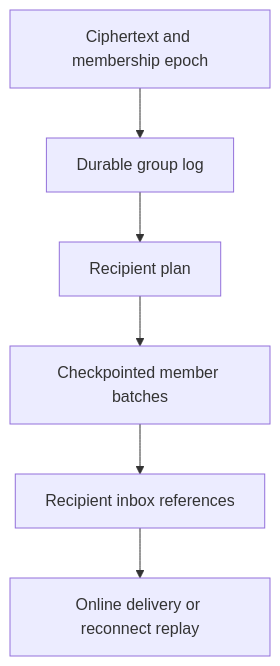
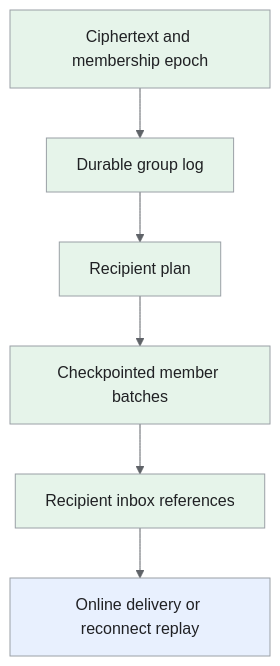
One commit to iliazlobin/iliazlobin.github.io changed the fourth of 4 diagrams in _designs/system-design-whatsapp.md. Above: the diagram before and after it, drawn with Mermaid. The commit also changed other lines of this file and 25 other files, not shown here.

Commit message:
docs: explain Batch B design flows and tradeoffs

````diff
--- a/_designs/system-design-whatsapp.md
+++ b/_designs/system-design-whatsapp.md
@@ -224,8 +276,15 @@
 ```mermaid
+%%{init: {'theme':'base','themeVariables':{'primaryColor':'#e8f0fe','primaryTextColor':'#202124','primaryBorderColor':'#9aa0a6','lineColor':'#5f6368','secondaryColor':'#e6f4ea','tertiaryColor':'#fef7e0','actorBkg':'#e8f0fe','actorBorder':'#9aa0a6','actorTextColor':'#202124','noteBkgColor':'#fef7e0','noteTextColor':'#202124','noteBorderColor':'#9aa0a6','signalColor':'#5f6368','signalTextColor':'#202124','labelBoxBkgColor':'#fef7e0','labelBoxBorderColor':'#9aa0a6'}}}%%
 flowchart TB
   M["Ciphertext and membership epoch"] --> L["Durable group log"]
   L --> P["Recipient plan"]
   P --> B["Checkpointed member batches"]
   B --> I["Recipient inbox references"]
   I --> G["Online delivery or reconnect replay"]
+classDef request fill:#e8f0fe,stroke:#9aa0a6,color:#202124;
+classDef data fill:#e6f4ea,stroke:#9aa0a6,color:#202124;
+classDef control fill:#fef7e0,stroke:#9aa0a6,color:#202124;
+class G request;
+class M,L,P,B,I data;
+
 ```
````
